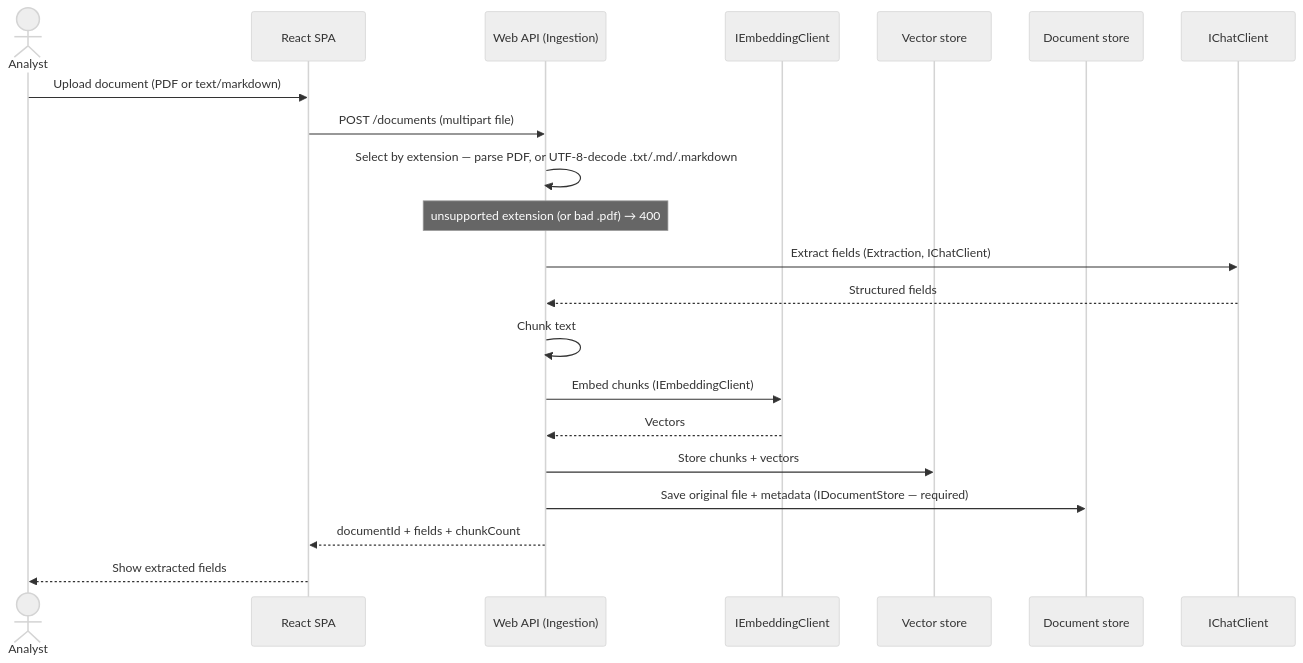
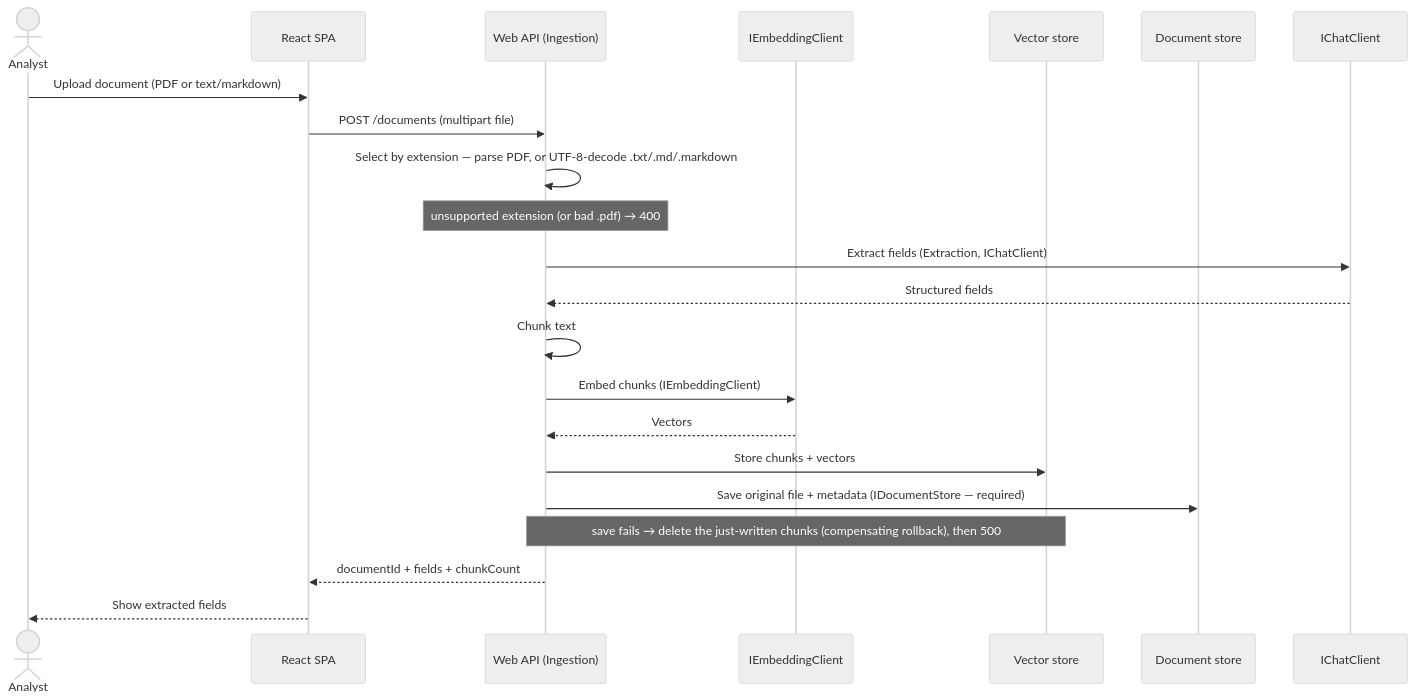
Before and after one commit to hectorreyesdev/landdoc-intelligence: the first of 3 diagrams in knowledge/docs/DATA-FLOW.md, drawn with Mermaid (neutral theme). The commit also changed other lines of this file and 7 other files, not shown here.

````diff
--- a/knowledge/docs/DATA-FLOW.md
+++ b/knowledge/docs/DATA-FLOW.md
@@ -8,24 +8,25 @@
 ```mermaid
 sequenceDiagram
     actor A as Analyst
     participant SPA as React SPA
     participant API as Web API (Ingestion)
     participant E as IEmbeddingClient
     participant V as Vector store
     participant D as Document store
     participant C as IChatClient
 
     A->>SPA: Upload document (PDF or text/markdown)
     SPA->>API: POST /documents (multipart file)
     API->>API: Select by extension — parse PDF, or UTF-8-decode .txt/.md/.markdown
     note over API: unsupported extension (or bad .pdf) → 400
     API->>C: Extract fields (Extraction, IChatClient)
     C-->>API: Structured fields
     API->>API: Chunk text
     API->>E: Embed chunks (IEmbeddingClient)
     E-->>API: Vectors
     API->>V: Store chunks + vectors
     API->>D: Save original file + metadata (IDocumentStore — required)
+    note over API,V: save fails → delete the just-written chunks (compensating rollback), then 500
     API-->>SPA: documentId + fields + chunkCount
     SPA-->>A: Show extracted fields
 ```
````
